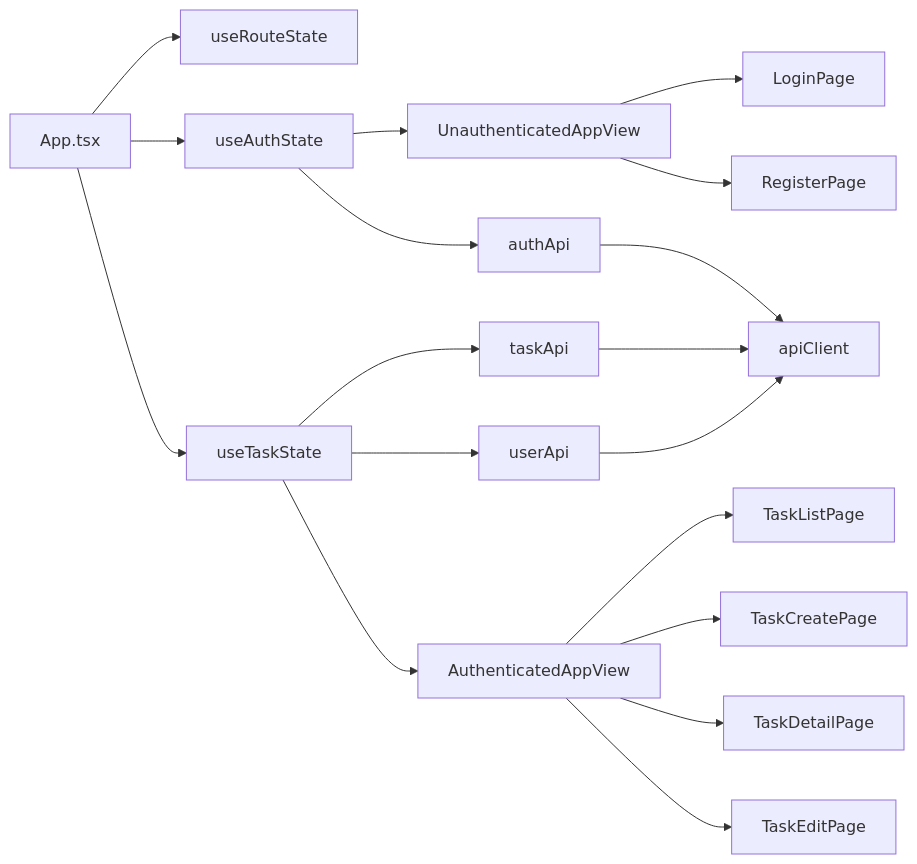
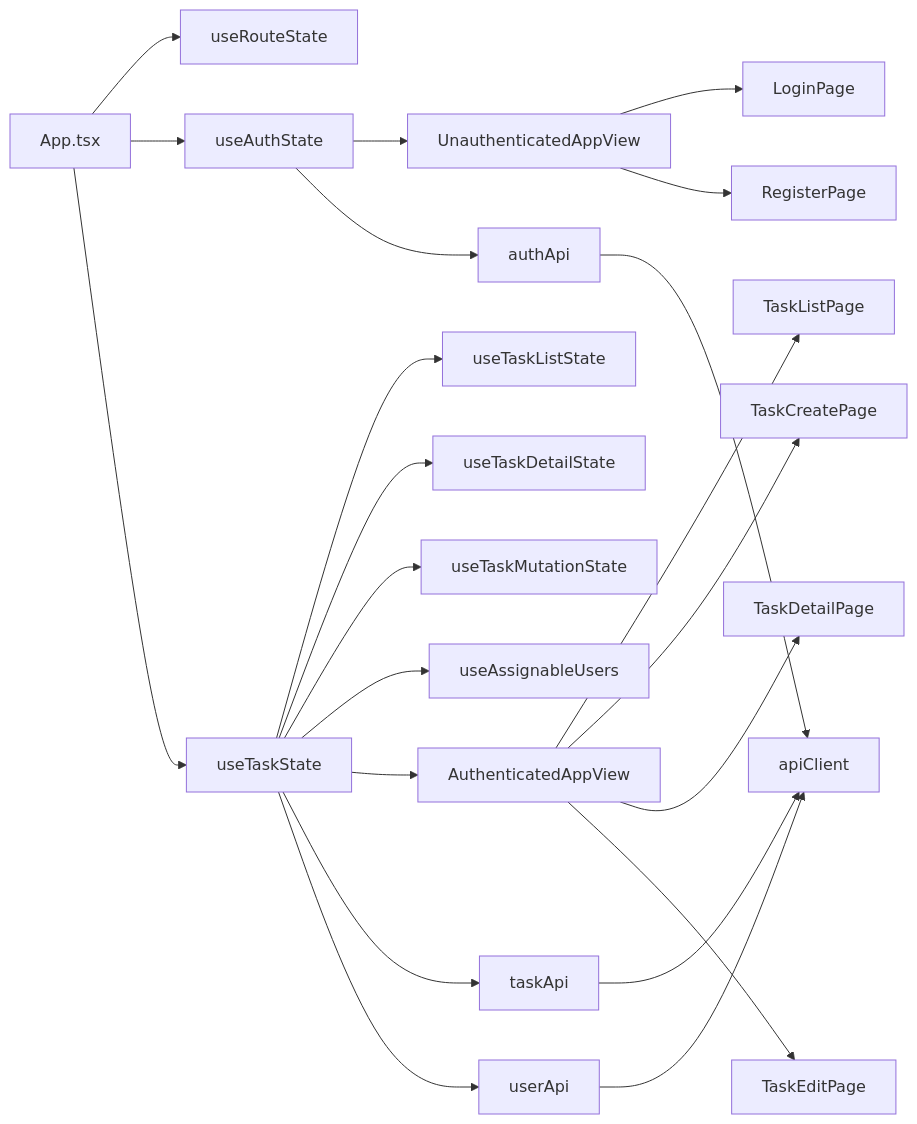
One commit to kitune-udon/task-manager-app changed the diagram in docs/01_設計/14_フロントエンド設計書.md. Above: the diagram before and after it, drawn with Mermaid. The commit also changed other lines of this file, not shown here.

````diff
--- a/docs/01_設計/14_フロントエンド設計書.md
+++ b/docs/01_設計/14_フロントエンド設計書.md
@@ -44,25 +44,29 @@
 ```mermaid
 flowchart LR
     A["App.tsx"] --> B["useRouteState"]
     A --> C["useAuthState"]
     A --> D["useTaskState"]
+    D --> D1["useTaskListState"]
+    D --> D2["useTaskDetailState"]
+    D --> D3["useTaskMutationState"]
+    D --> D4["useAssignableUsers"]
 
     C --> E["UnauthenticatedAppView"]
     D --> F["AuthenticatedAppView"]
 
     E --> G["LoginPage"]
     E --> H["RegisterPage"]
 
     F --> I["TaskListPage"]
     F --> J["TaskCreatePage"]
     F --> K["TaskDetailPage"]
     F --> L["TaskEditPage"]
 
     C --> M["authApi"]
     D --> N["taskApi"]
     D --> O["userApi"]
 
     M --> P["apiClient"]
     N --> P
     O --> P
 ```
````
